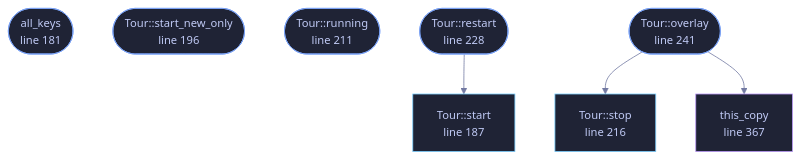
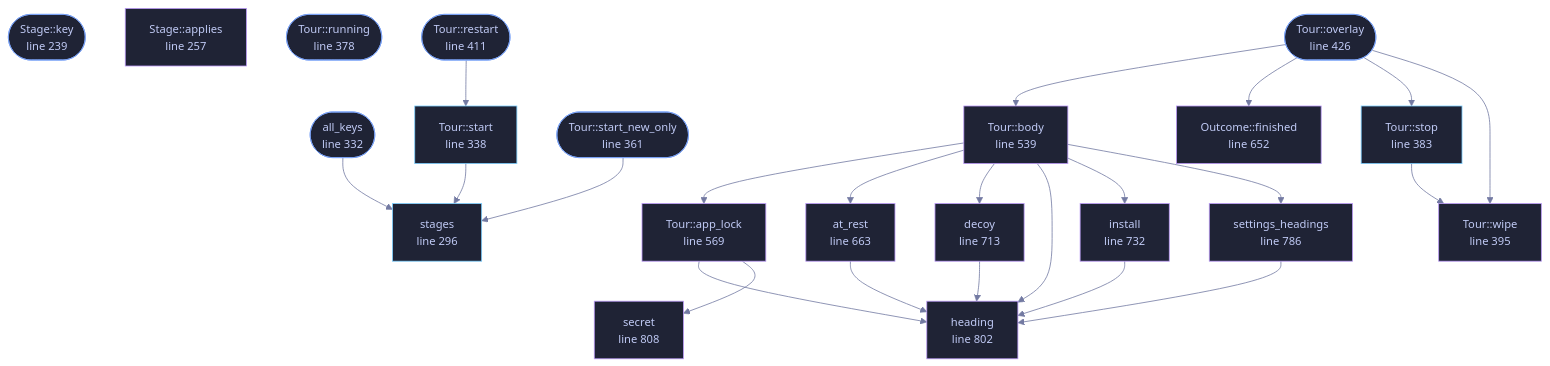
One commit to tilas01/veilvoice changed the diagram in docs/files/veilvoice-gui/tour.md. Above: the diagram before and after it, drawn with Mermaid. The commit also changed other lines of this file and 52 other files, not shown here.

````diff
--- a/docs/files/veilvoice-gui/tour.md
+++ b/docs/files/veilvoice-gui/tour.md
@@ -131,29 +173,71 @@
 ```mermaid
 %%{init: {"theme":"base","themeVariables":{"background":"#1a1b26","primaryColor":"#1f2335","primaryTextColor":"#c0caf5","primaryBorderColor":"#7aa2f7","secondaryColor":"#16161e","tertiaryColor":"#16161e","lineColor":"#737aa2","textColor":"#c0caf5","mainBkg":"#1f2335","nodeBorder":"#7aa2f7","clusterBkg":"#16161e","clusterBorder":"#2f3549","fontFamily":"ui-monospace, SFMono-Regular, Consolas, monospace","fontSize":"14px"}}}%%
 flowchart TD
-    n_all_keys(["all_keys<br/>line 181"])
-    n_start["Tour::start<br/>line 187"]
-    n_start_new_only(["Tour::start_new_only<br/>line 196"])
-    n_running(["Tour::running<br/>line 211"])
-    n_stop["Tour::stop<br/>line 216"]
-    n_restart(["Tour::restart<br/>line 228"])
-    n_overlay(["Tour::overlay<br/>line 241"])
-    n_this_copy["this_copy<br/>line 367"]
+    n_key(["Stage::key<br/>line 239"])
+    n_applies["Stage::applies<br/>line 257"]
+    n_stages["stages<br/>line 296"]
+    n_all_keys(["all_keys<br/>line 332"])
+    n_start["Tour::start<br/>line 338"]
+    n_start_new_only(["Tour::start_new_only<br/>line 361"])
+    n_running(["Tour::running<br/>line 378"])
+    n_stop["Tour::stop<br/>line 383"]
+    n_wipe["Tour::wipe<br/>line 395"]
+    n_restart(["Tour::restart<br/>line 411"])
+    n_overlay(["Tour::overlay<br/>line 426"])
+    n_body["Tour::body<br/>line 539"]
+    n_app_lock["Tour::app_lock<br/>line 569"]
+    n_finished["Outcome::finished<br/>line 652"]
+    n_at_rest["at_rest<br/>line 663"]
+    n_decoy["decoy<br/>line 713"]
+    n_install["install<br/>line 732"]
+    n_settings_headings["settings_headings<br/>line 786"]
+    n_heading["heading<br/>line 802"]
+    n_secret["secret<br/>line 808"]
+    n_all_keys --> n_stages
+    n_app_lock --> n_heading
+    n_app_lock --> n_secret
+    n_at_rest --> n_heading
+    n_body --> n_app_lock
+    n_body --> n_at_rest
+    n_body --> n_decoy
+    n_body --> n_heading
+    n_body --> n_install
+    n_body --> n_settings_headings
+    n_decoy --> n_heading
+    n_install --> n_heading
+    n_overlay --> n_body
+    n_overlay --> n_finished
     n_overlay --> n_stop
-    n_overlay --> n_this_copy
+    n_overlay --> n_wipe
     n_restart --> n_start
-    click n_all_keys href "https://github.com/tilas01/veilvoice/blob/main/crates/veilvoice-gui/src/tour.rs#L181" "open the source"
-    click n_start href "https://github.com/tilas01/veilvoice/blob/main/crates/veilvoice-gui/src/tour.rs#L187" "open the source"
-    click n_start_new_only href "https://github.com/tilas01/veilvoice/blob/main/crates/veilvoice-gui/src/tour.rs#L196" "open the source"
-    click n_running href "https://github.com/tilas01/veilvoice/blob/main/crates/veilvoice-gui/src/tour.rs#L211" "open the source"
-    click n_stop href "https://github.com/tilas01/veilvoice/blob/main/crates/veilvoice-gui/src/tour.rs#L216" "open the source"
-    click n_restart href "https://github.com/tilas01/veilvoice/blob/main/crates/veilvoice-gui/src/tour.rs#L228" "open the source"
-    click n_overlay href "https://github.com/tilas01/veilvoice/blob/main/crates/veilvoice-gui/src/tour.rs#L241" "open the source"
-    click n_this_copy href "https://github.com/tilas01/veilvoice/blob/main/crates/veilvoice-gui/src/tour.rs#L367" "open the source"
+    n_settings_headings --> n_heading
+    n_start --> n_stages
+    n_start_new_only --> n_stages
+    n_stop --> n_wipe
+    click n_key href "https://github.com/tilas01/veilvoice/blob/main/crates/veilvoice-gui/src/tour.rs#L239" "open the source"
+    click n_applies href "https://github.com/tilas01/veilvoice/blob/main/crates/veilvoice-gui/src/tour.rs#L257" "open the source"
+    click n_stages href "https://github.com/tilas01/veilvoice/blob/main/crates/veilvoice-gui/src/tour.rs#L296" "open the source"
+    click n_all_keys href "https://github.com/tilas01/veilvoice/blob/main/crates/veilvoice-gui/src/tour.rs#L332" "open the source"
+    click n_start href "https://github.com/tilas01/veilvoice/blob/main/crates/veilvoice-gui/src/tour.rs#L338" "open the source"
+    click n_start_new_only href "https://github.com/tilas01/veilvoice/blob/main/crates/veilvoice-gui/src/tour.rs#L361" "open the source"
+    click n_running href "https://github.com/tilas01/veilvoice/blob/main/crates/veilvoice-gui/src/tour.rs#L378" "open the source"
+    click n_stop href "https://github.com/tilas01/veilvoice/blob/main/crates/veilvoice-gui/src/tour.rs#L383" "open the source"
+    click n_wipe href "https://github.com/tilas01/veilvoice/blob/main/crates/veilvoice-gui/src/tour.rs#L395" "open the source"
+    click n_restart href "https://github.com/tilas01/veilvoice/blob/main/crates/veilvoice-gui/src/tour.rs#L411" "open the source"
+    click n_overlay href "https://github.com/tilas01/veilvoice/blob/main/crates/veilvoice-gui/src/tour.rs#L426" "open the source"
+    click n_body href "https://github.com/tilas01/veilvoice/blob/main/crates/veilvoice-gui/src/tour.rs#L539" "open the source"
+    click n_app_lock href "https://github.com/tilas01/veilvoice/blob/main/crates/veilvoice-gui/src/tour.rs#L569" "open the source"
+    click n_finished href "https://github.com/tilas01/veilvoice/blob/main/crates/veilvoice-gui/src/tour.rs#L652" "open the source"
+    click n_at_rest href "https://github.com/tilas01/veilvoice/blob/main/crates/veilvoice-gui/src/tour.rs#L663" "open the source"
+    click n_decoy href "https://github.com/tilas01/veilvoice/blob/main/crates/veilvoice-gui/src/tour.rs#L713" "open the source"
+    click n_install href "https://github.com/tilas01/veilvoice/blob/main/crates/veilvoice-gui/src/tour.rs#L732" "open the source"
+    click n_settings_headings href "https://github.com/tilas01/veilvoice/blob/main/crates/veilvoice-gui/src/tour.rs#L786" "open the source"
+    click n_heading href "https://github.com/tilas01/veilvoice/blob/main/crates/veilvoice-gui/src/tour.rs#L802" "open the source"
+    click n_secret href "https://github.com/tilas01/veilvoice/blob/main/crates/veilvoice-gui/src/tour.rs#L808" "open the source"
     classDef entry fill:#1f2335,stroke:#7aa2f7,color:#c0caf5
-    class n_all_keys,n_start_new_only,n_running,n_restart,n_overlay entry
+    class n_key,n_all_keys,n_start_new_only,n_running,n_restart,n_overlay entry
     classDef api fill:#1f2335,stroke:#7dcfff,color:#c0caf5
-    class n_start,n_stop api
+    class n_stages,n_start,n_stop api
     classDef helper fill:#1f2335,stroke:#bb9af7,color:#c0caf5
-    class n_this_copy helper
+    class n_applies,n_wipe,n_body,n_app_lock,n_finished,n_at_rest,n_decoy,n_install,n_settings_headings,n_heading,n_secret helper
 ```
````
